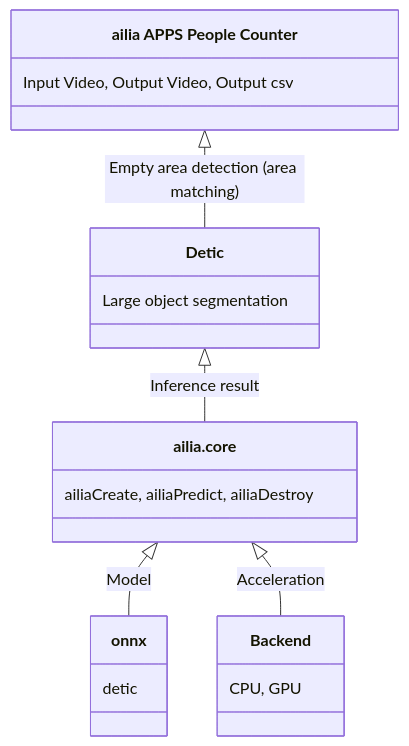
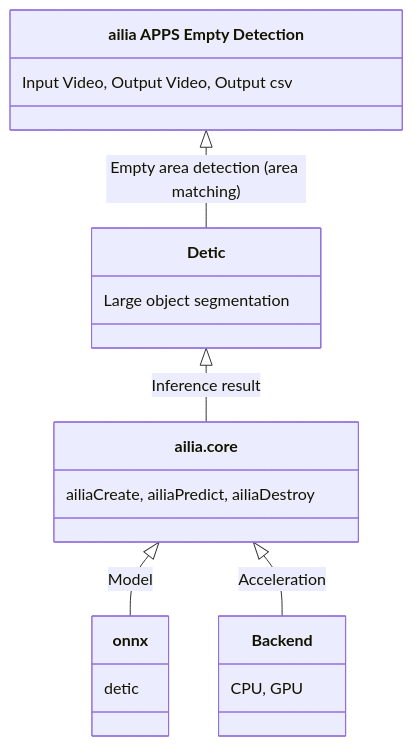
Before and after one commit to axinc-ai/ailia-apps-empty-detection: the diagram in README.md, drawn with Mermaid.

Commit message:
Change architecture

````diff
--- a/README.md
+++ b/README.md
@@ -59,12 +59,12 @@
 ```mermaid
 classDiagram
-`ailia APPS People Counter` <|-- `Detic` : Empty area detection (area matching)
+`ailia APPS Empty Detection` <|-- `Detic` : Empty area detection (area matching)
 `Detic` <|-- `ailia.core` : Inference result
-`ailia APPS People Counter` : Input Video, Output Video, Output csv
+`ailia APPS Empty Detection` : Input Video, Output Video, Output csv
 `Detic` : Large object segmentation
 `ailia.core` <|-- `onnx` : Model
 `ailia.core` : ailiaCreate, ailiaPredict, ailiaDestroy
 `ailia.core` <|-- Backend : Acceleration
 `onnx` : detic
 `Backend` : CPU, GPU
 ```
````
